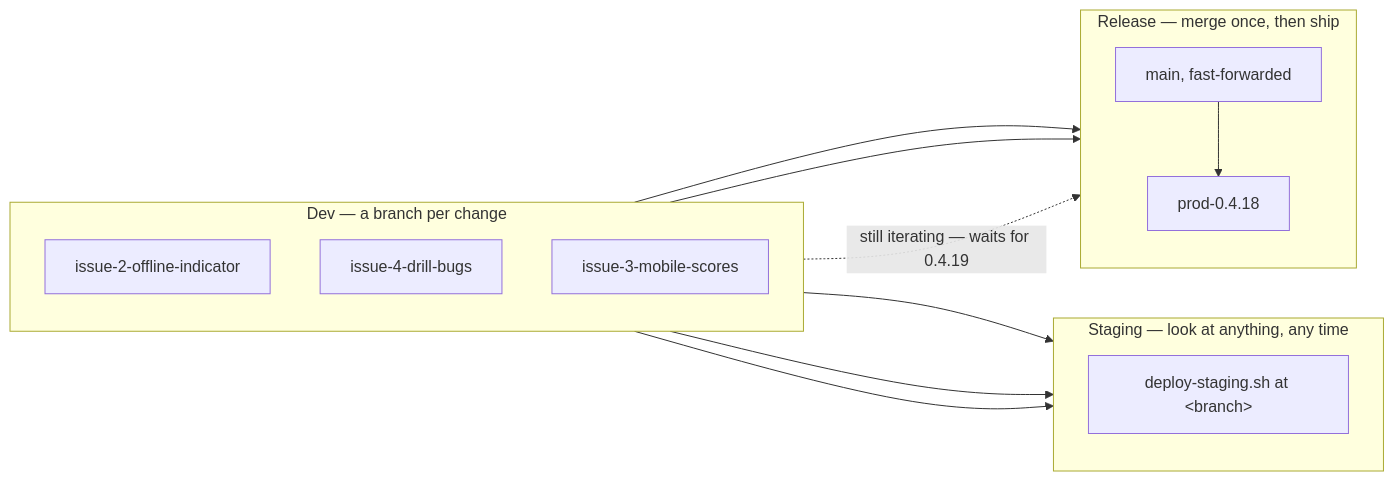
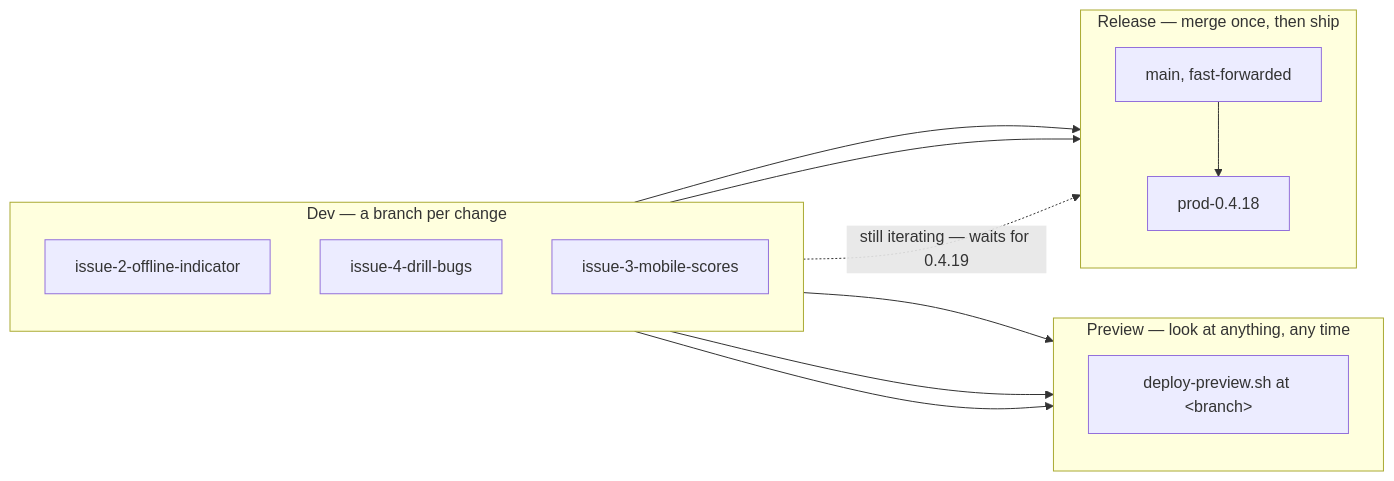
Before and after one commit to SteveStyle/scrabble-px: the first of 2 diagrams in docs/3.3-testing-ci-and-release.md, drawn with Mermaid. The commit also changed other lines of this file and 21 other files, not shown here.

````diff
--- a/docs/3.3-testing-ci-and-release.md
+++ b/docs/3.3-testing-ci-and-release.md
@@ -376,28 +377,28 @@
 ```mermaid
 flowchart LR
     subgraph dev["Dev — a branch per change"]
         direction TB
         a["issue-2-offline-indicator"]
         b["issue-4-drill-bugs"]
         c["issue-3-mobile-scores"]
     end
 
-    subgraph look["Staging — look at anything, any time"]
+    subgraph look["Preview — look at anything, any time"]
         direction TB
-        s1["deploy-staging.sh at &lt;branch&gt;"]
+        s1["deploy-preview.sh at &lt;branch&gt;"]
     end
 
     subgraph rel["Release — merge once, then ship"]
         direction TB
         m["main, fast-forwarded"]
         p["prod-0.4.18"]
     end
 
     a --> s1
     b --> s1
     c --> s1
     a --> m
     b --> m
     m --> p
     c -.->|"still iterating — waits for 0.4.19"| m
 ```
````
